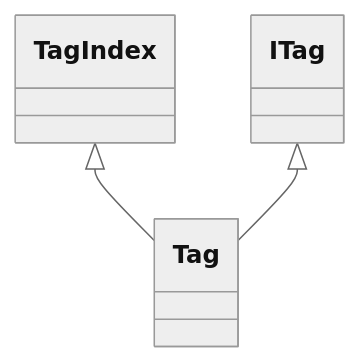
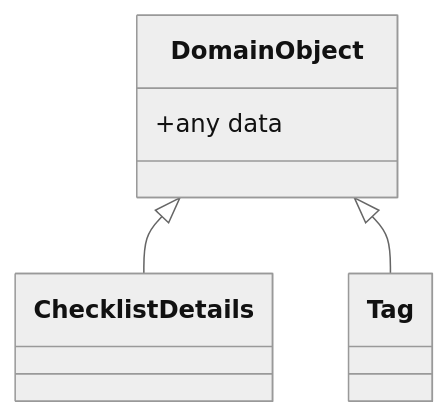
The diagram in my-pwa-ts/src/database/README.md (danhalvorsen/HTML), drawn with Mermaid (neutral theme) before and after one commit. The commit also changed other lines of this file and 13 other files, not shown here.

````diff
--- a/my-pwa-ts/src/database/README.md
+++ b/my-pwa-ts/src/database/README.md
@@ -25,6 +4,8 @@
 ```mermaid
 classDiagram 
-  TagIndex <|-- Tag 
-  ITag <|-- Tag 
-  
+  DomainObject <|-- ChecklistDetails 
+  DomainObject <|-- Tag
+
+  DomainObject : +any data
+
 ```
````
